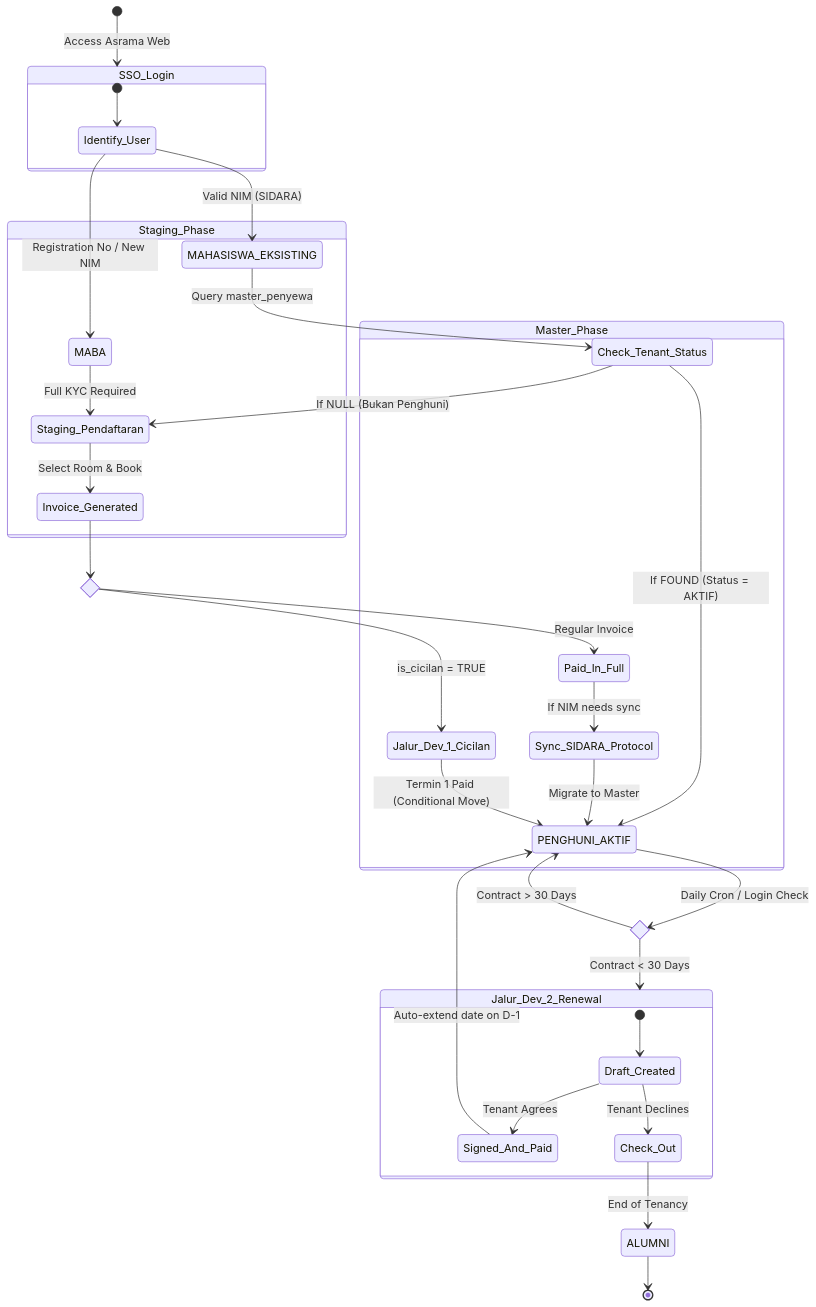
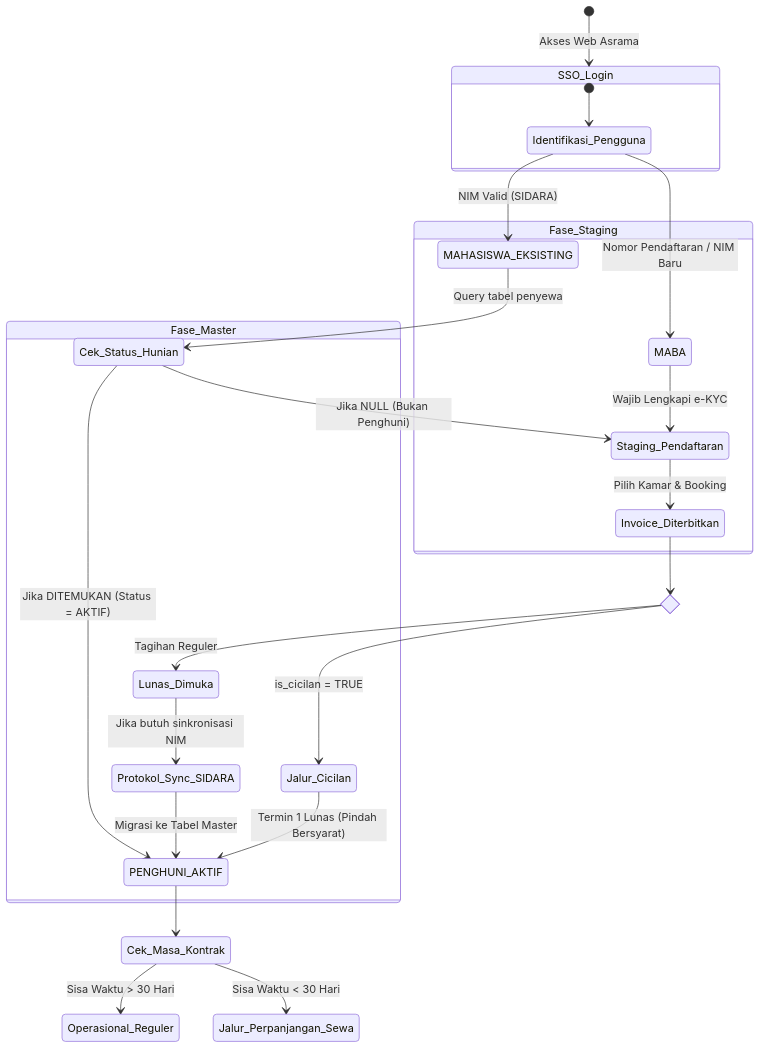
Before and after one commit to Maxwinata/AS-UBT: the diagram in docs/scenario-mappings.md, drawn with Mermaid. The commit also changed other lines of this file and 113 other files, not shown here.

````diff
--- a/docs/scenario-mappings.md
+++ b/docs/scenario-mappings.md
@@ -21,56 +23,34 @@
 ```mermaid
 stateDiagram-v2
-    %% External Gate
-    [*] --> SSO_Login : Access Asrama Web
+    [*] --> SSO_Login : Akses Web Asrama
     
     state SSO_Login {
-        [*] --> Identify_User
-        Identify_User --> MABA : Registration No / New NIM
-        Identify_User --> MAHASISWA_EKSISTING : Valid NIM (SIDARA)
+        [*] --> Identifikasi_Pengguna
+        Identifikasi_Pengguna --> MABA : Nomor Pendaftaran / NIM Baru
+        Identifikasi_Pengguna --> MAHASISWA_EKSISTING : NIM Valid (SIDARA)
     }
 
-    %% Staging / Onboarding Phase
-    state Staging_Phase {
-        MABA --> Staging_Pendaftaran : Full KYC Required
-        
-        MAHASISWA_EKSISTING --> Check_Tenant_Status : Query master_penyewa
-        Check_Tenant_Status --> Staging_Pendaftaran : If NULL (Bukan Penghuni)
-        
-        Staging_Pendaftaran --> Invoice_Generated : Select Room & Book
+    state Fase_Staging {
+        MABA --> Staging_Pendaftaran : Wajib Lengkapi e-KYC
+        MAHASISWA_EKSISTING --> Cek_Status_Hunian : Query tabel penyewa
+        Cek_Status_Hunian --> Staging_Pendaftaran : Jika NULL (Bukan Penghuni)
+        Staging_Pendaftaran --> Invoice_Diterbitkan : Pilih Kamar & Booking
     }
 
-    %% Dev Path 1: Payment Branches
-    state Payment_Branch <<choice>>
-    Invoice_Generated --> Payment_Branch
-    
-    Payment_Branch --> Paid_In_Full : Regular Invoice
-    Payment_Branch --> Jalur_Dev_1_Cicilan : is_cicilan = TRUE
-    
-    %% Master / Tenant Phase
-    state Master_Phase {
-        Check_Tenant_Status --> PENGHUNI_AKTIF : If FOUND (Status = AKTIF)
-        
-        Paid_In_Full --> Sync_SIDARA_Protocol : If NIM needs sync
-        Sync_SIDARA_Protocol --> PENGHUNI_AKTIF : Migrate to Master
-        
-        Jalur_Dev_1_Cicilan --> PENGHUNI_AKTIF : Termin 1 Paid (Conditional Move)
+    state Percabangan_Bayar <<choice>>
+    Invoice_Diterbitkan --> Percabangan_Bayar
+    Percabangan_Bayar --> Lunas_Dimuka : Tagihan Reguler
+    Percabangan_Bayar --> Jalur_Cicilan : is_cicilan = TRUE
+
+    state Fase_Master {
+        Cek_Status_Hunian --> PENGHUNI_AKTIF : Jika DITEMUKAN (Status = AKTIF)
+        Lunas_Dimuka --> Protokol_Sync_SIDARA : Jika butuh sinkronisasi NIM
+        Protokol_Sync_SIDARA --> PENGHUNI_AKTIF : Migrasi ke Tabel Master
+        Jalur_Cicilan --> PENGHUNI_AKTIF : Termin 1 Lunas (Pindah Bersyarat)
     }
 
-    %% Dev Path 2: Renewal Phase
-    state Contract_Check <<choice>>
-    PENGHUNI_AKTIF --> Contract_Check : Daily Cron / Login Check
-    
-    Contract_Check --> PENGHUNI_AKTIF : Contract > 30 Days
-    Contract_Check --> Jalur_Dev_2_Renewal : Contract < 30 Days
-    
-    state Jalur_Dev_2_Renewal {
-        [*] --> Draft_Created
-        Draft_Created --> Signed_And_Paid : Tenant Agrees
-        Draft_Created --> Check_Out : Tenant Declines
-    }
-    
-    Signed_And_Paid --> PENGHUNI_AKTIF : Auto-extend date on D-1
-    Check_Out --> ALUMNI : End of Tenancy
-    
-    ALUMNI --> [*]
+    PENGHUNI_AKTIF --> Cek_Masa_Kontrak
+    state Cek_Masa_Kontrak <<choice>>
+    Cek_Masa_Kontrak --> Operasional_Reguler : Sisa Waktu > 30 Hari
+    Cek_Masa_Kontrak --> Jalur_Perpanjangan_Sewa : Sisa Waktu < 30 Hari
 ```
````
